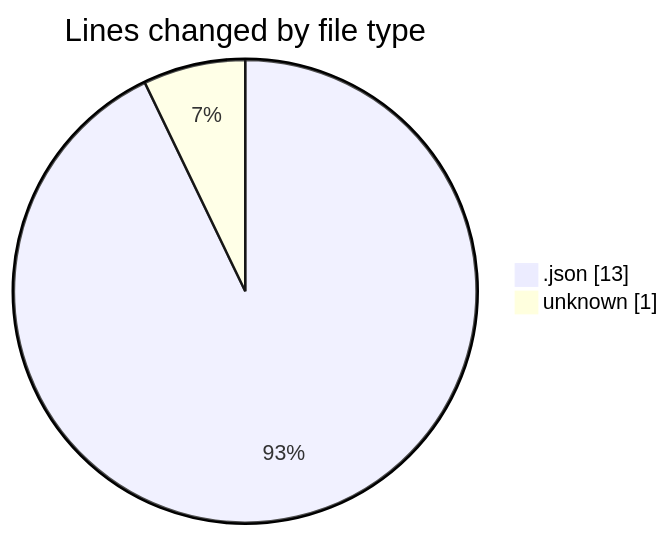
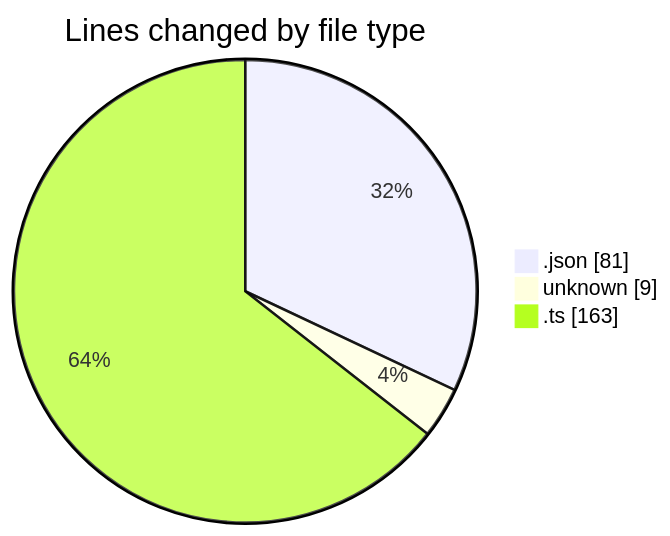
One commit to EIIisD/code-tracking changed the first of 2 diagrams in 2025-08-23/chatgpt-extension/README.md. Above: the diagram before and after it, drawn with Mermaid. The commit also changed other lines of this file and 1 other file, not shown here.

````diff
--- a/2025-08-23/chatgpt-extension/README.md
+++ b/2025-08-23/chatgpt-extension/README.md
@@ -21,6 +23,7 @@
 ```mermaid
 pie showData
 title Lines changed by file type
-".json" : 13
-"unknown" : 1
+".json" : 81
+"unknown" : 9
+".ts" : 163
 ```
````
